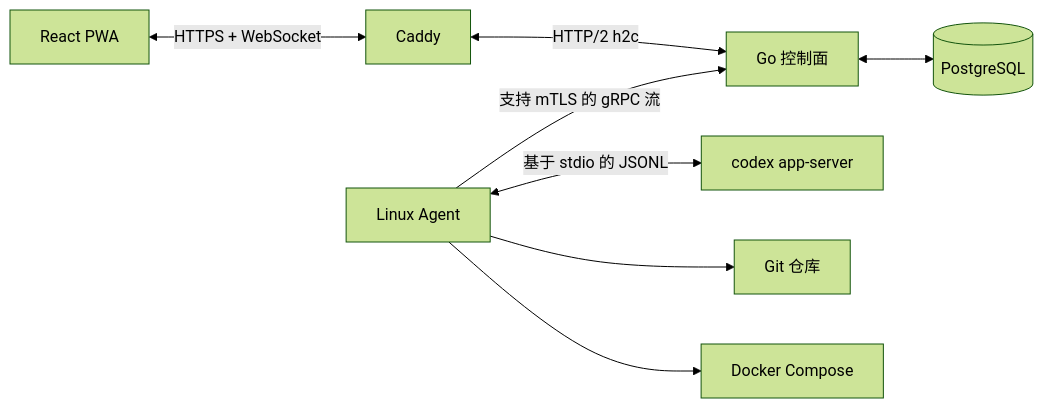
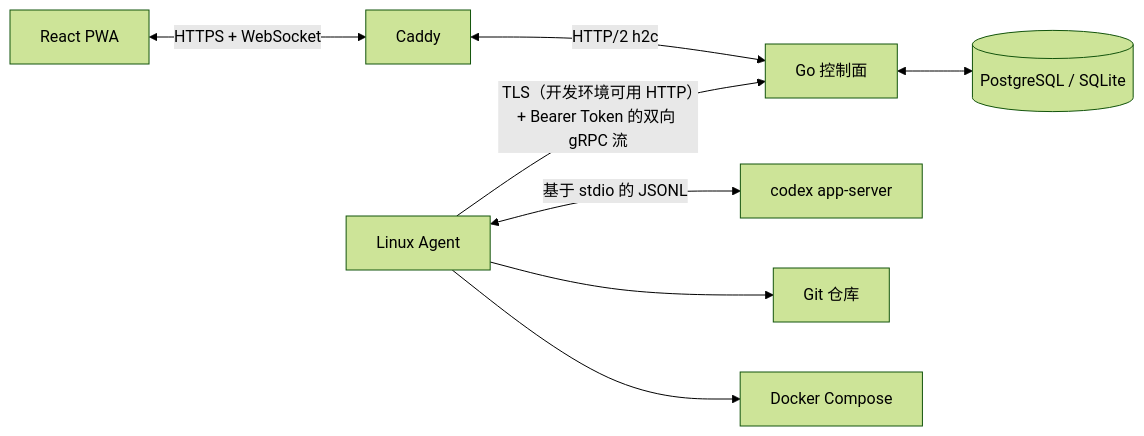
The diagram in README.md (Eversleeping/My-Wio), drawn with Mermaid (forest theme) before and after one commit. The commit also changed other lines of this file, not shown here.

````diff
--- a/README.md
+++ b/README.md
@@ -9,10 +9,10 @@
 ```mermaid
 flowchart LR
   Browser[React PWA] <-->|HTTPS + WebSocket| Caddy
   Caddy <-->|HTTP/2 h2c| Control[Go 控制面]
-  Control <--> Postgres[(PostgreSQL)]
-  Agent[Linux Agent] -->|支持 mTLS 的 gRPC 流| Control
+  Control <--> DB[(PostgreSQL / SQLite)]
+  Agent[Linux Agent] -->|TLS（开发环境可用 HTTP）+ Bearer Token 的双向 gRPC 流| Control
   Agent <-->|基于 stdio 的 JSONL| Codex[codex app-server]
   Agent --> Git[Git 仓库]
   Agent --> Docker[Docker Compose]
 ```
````
